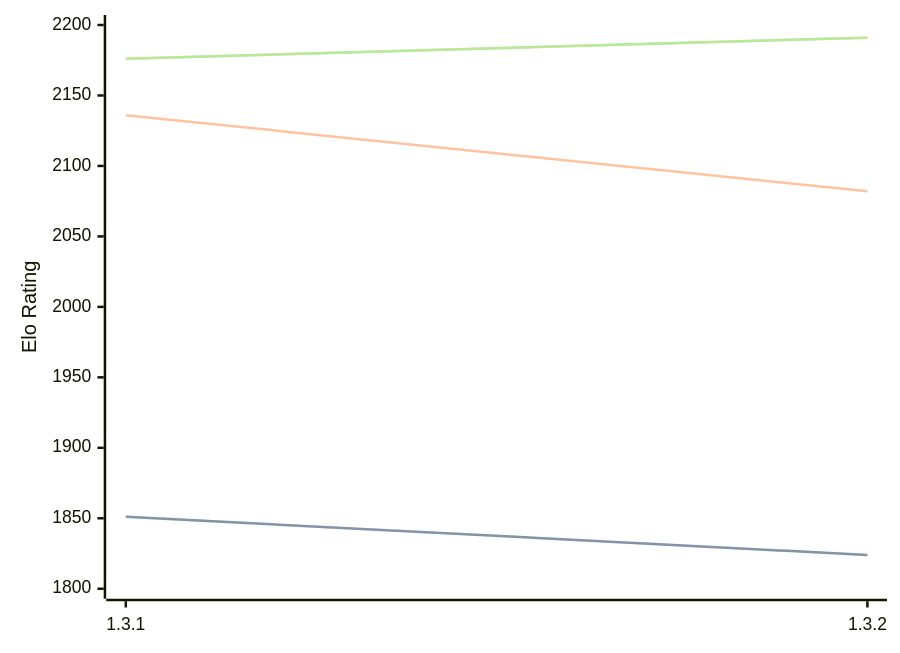
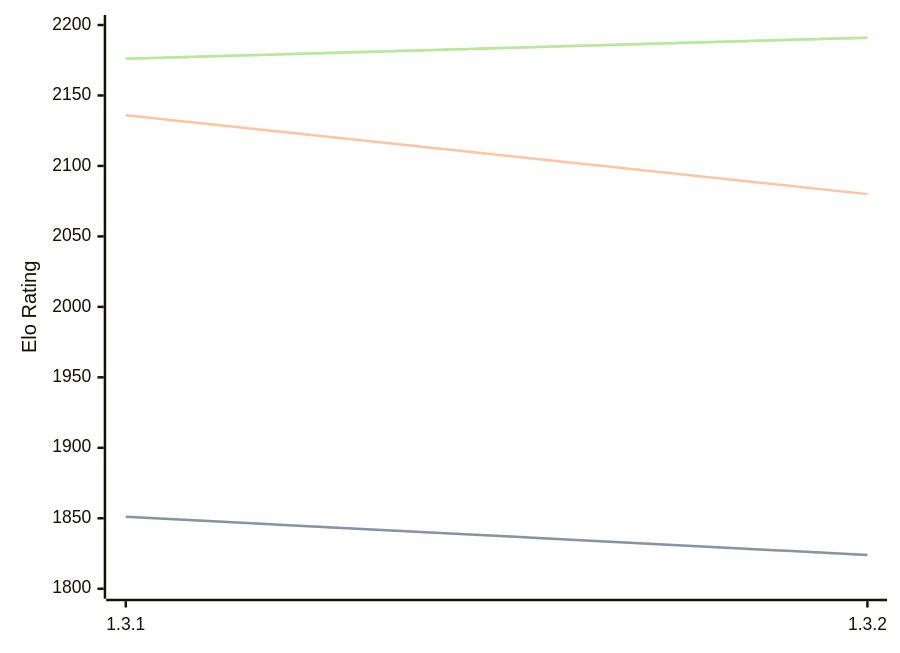
Before and after one commit to computer-chess-index/cci: the first of 3 diagrams in engines/Zugblitz.md, drawn with Mermaid. The commit also changed other lines of this file, not shown here.

````diff
--- a/engines/Zugblitz.md
+++ b/engines/Zugblitz.md
@@ -32,11 +32,11 @@
 ```mermaid
 %%{init: {"theme":"base","themeVariables":{"seriesColors:['#a3a3a3','#222221','#faa371']}}}%%
 xychart-beta
   x-axis ["1.3.1", "1.3.2"]
   y-axis "Elo Rating" 1800 --> 2200
   line "STC (8.0+0.08s)" [1851, 1824]
   line "STC (8.0+0.08s)" [1851, 1824]
-  line "LTC (60.0+0.60s)" [2136, 2082]
+  line "LTC (60.0+0.60s)" [2136, 2080]
   line "VLTC (2m24s+1.12s)" [2176, 2191]
   line "VLTC (2m24s+1.12s)" [2176, 2191]
 ```
````
